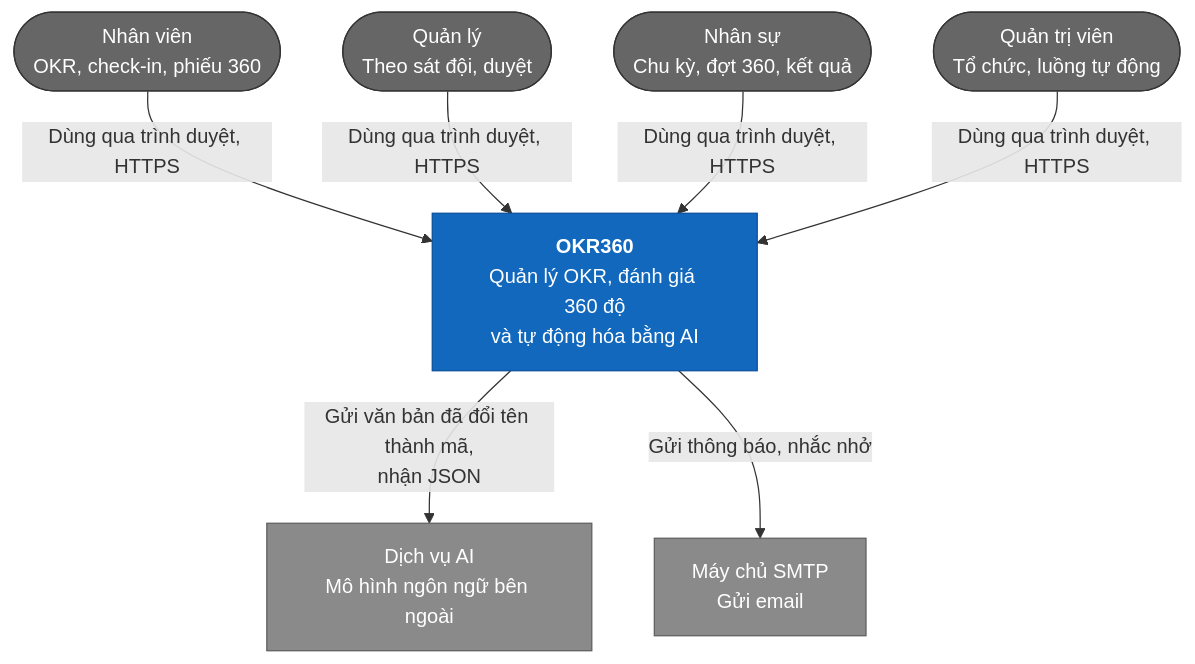
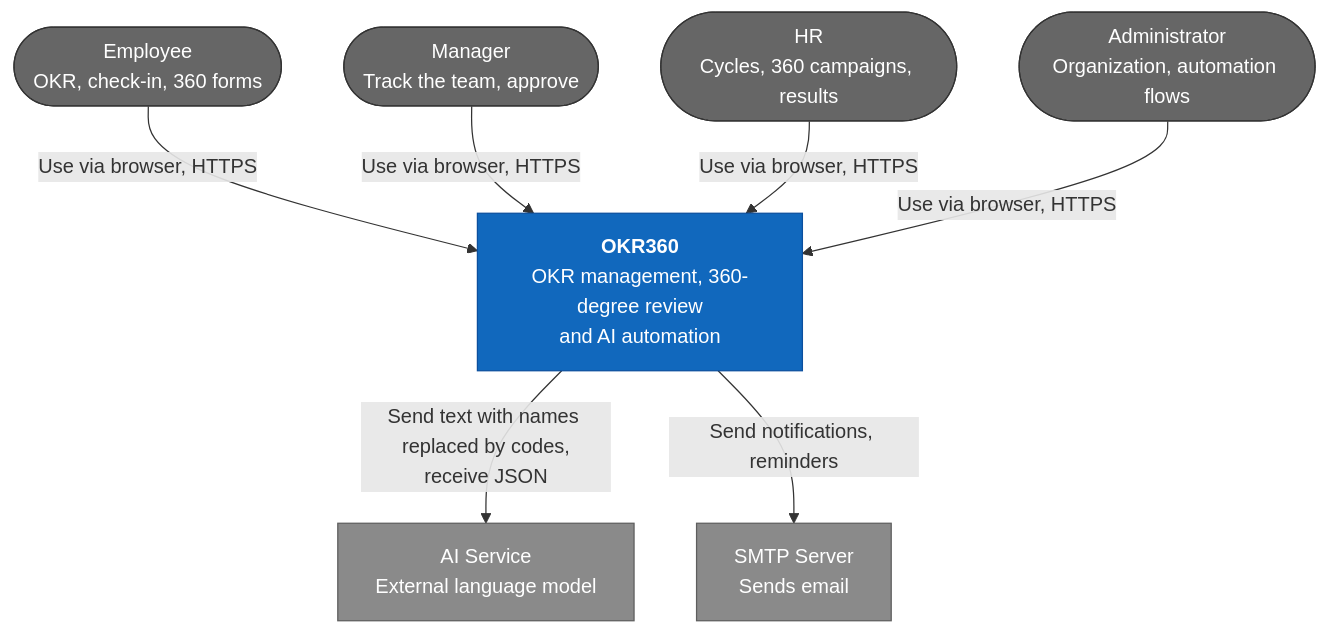
The first of 5 diagrams in docs/architecture/c4.md (Akaza-ban/OCK-360), drawn with Mermaid before and after one commit. The commit also changed other lines of this file and 24 other files, not shown here.

````diff
--- a/docs/architecture/c4.md
+++ b/docs/architecture/c4.md
@@ -13,23 +13,23 @@
 ```mermaid
 flowchart TB
-    employee(["Nhân viên<br/>OKR, check-in, phiếu 360"])
-    manager(["Quản lý<br/>Theo sát đội, duyệt"])
-    hr(["Nhân sự<br/>Chu kỳ, đợt 360, kết quả"])
-    admin(["Quản trị viên<br/>Tổ chức, luồng tự động"])
+    employee(["Employee<br/>OKR, check-in, 360 forms"])
+    manager(["Manager<br/>Track the team, approve"])
+    hr(["HR<br/>Cycles, 360 campaigns, results"])
+    admin(["Administrator<br/>Organization, automation flows"])
 
-    okr360["<b>OKR360</b><br/>Quản lý OKR, đánh giá 360 độ<br/>và tự động hóa bằng AI"]
+    okr360["<b>OKR360</b><br/>OKR management, 360-degree review<br/>and AI automation"]
 
-    ai["Dịch vụ AI<br/>Mô hình ngôn ngữ bên ngoài"]
-    smtp["Máy chủ SMTP<br/>Gửi email"]
+    ai["AI Service<br/>External language model"]
+    smtp["SMTP Server<br/>Sends email"]
 
-    employee & manager & hr & admin -->|"Dùng qua trình duyệt, HTTPS"| okr360
-    okr360 -->|"Gửi văn bản đã đổi tên thành mã,<br/>nhận JSON"| ai
-    okr360 -->|"Gửi thông báo, nhắc nhở"| smtp
+    employee & manager & hr & admin -->|"Use via browser, HTTPS"| okr360
+    okr360 -->|"Send text with names replaced by codes,<br/>receive JSON"| ai
+    okr360 -->|"Send notifications, reminders"| smtp
 
     classDef actor fill:#666,color:#fff,stroke:#333
     classDef system fill:#1168bd,color:#fff,stroke:#0b4f9e
     classDef external fill:#8a8a8a,color:#fff,stroke:#5e5e5e
     class employee,manager,hr,admin actor
     class okr360 system
     class ai,smtp external
 ```
````
